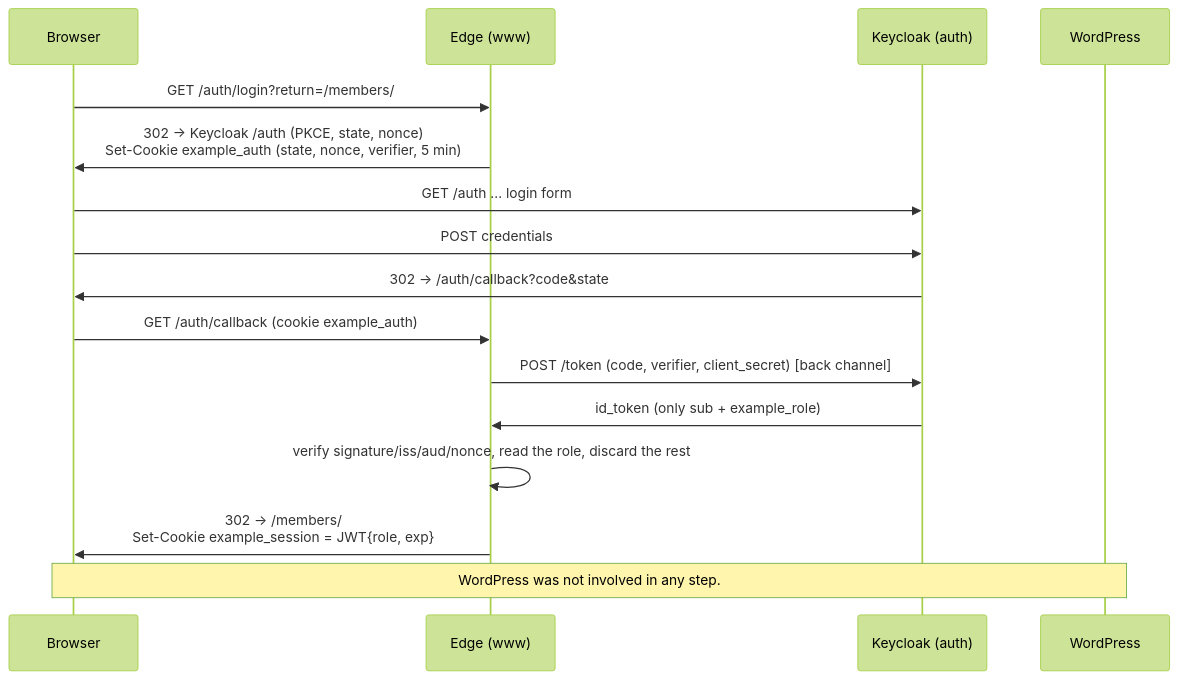
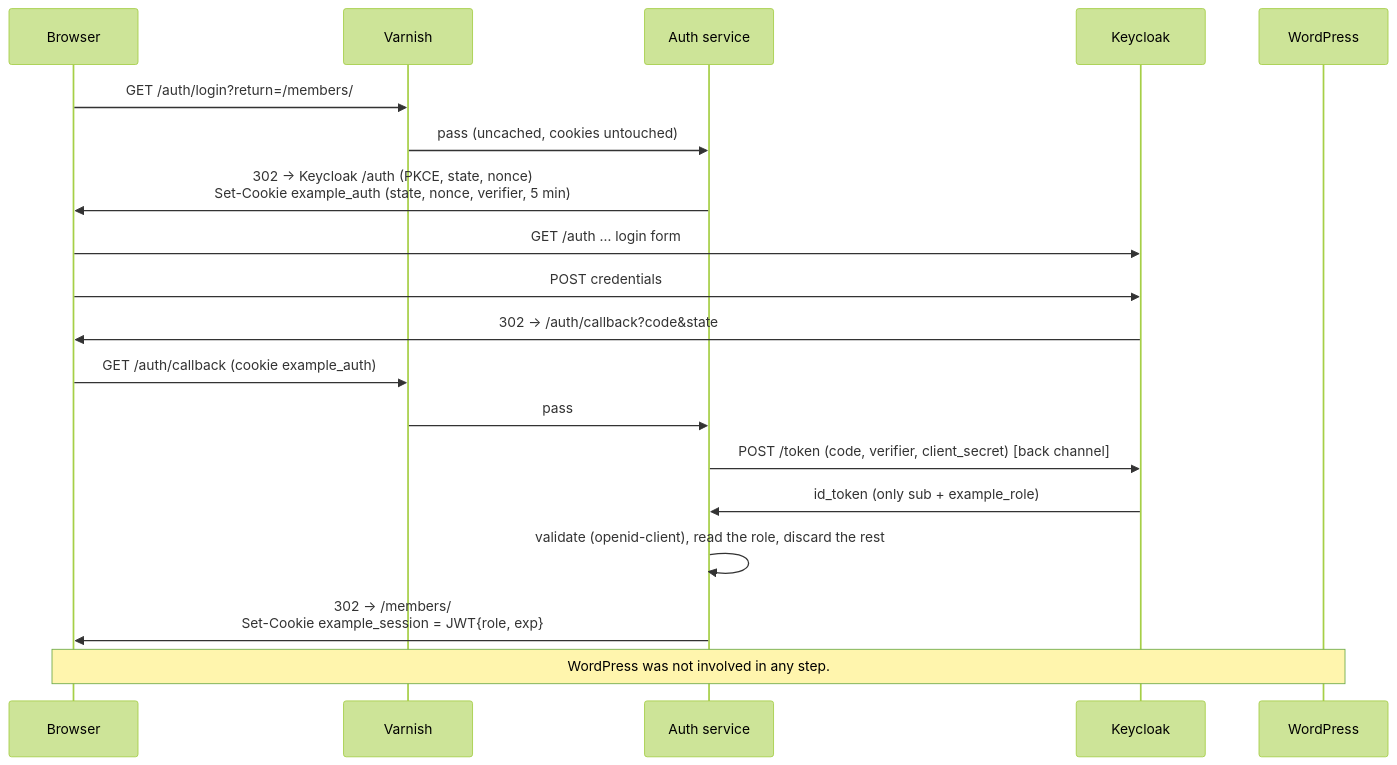
The first of 3 diagrams in README.md (correctiv/oidc-wp-prototype), drawn with Mermaid (forest theme) before and after one commit. The commit also changed other lines of this file and 24 other files, not shown here.

First line of the commit message:
Replace the Node edge with Varnish; shrink Express to an auth service

````diff
--- a/README.md
+++ b/README.md
@@ -72,18 +74,21 @@
 ```mermaid
 sequenceDiagram
     participant B as Browser
-    participant E as Edge (www)
-    participant K as Keycloak (auth)
+    participant V as Varnish
+    participant A as Auth service
+    participant K as Keycloak
     participant W as WordPress
-    B->>E: GET /auth/login?return=/members/
-    E->>B: 302 → Keycloak /auth (PKCE, state, nonce)<br/>Set-Cookie example_auth (state, nonce, verifier, 5 min)
+    B->>V: GET /auth/login?return=/members/
+    V->>A: pass (uncached, cookies untouched)
+    A->>B: 302 → Keycloak /auth (PKCE, state, nonce)<br/>Set-Cookie example_auth (state, nonce, verifier, 5 min)
     B->>K: GET /auth … login form
     B->>K: POST credentials
     K->>B: 302 → /auth/callback?code&state
-    B->>E: GET /auth/callback (cookie example_auth)
-    E->>K: POST /token (code, verifier, client_secret) [back channel]
-    K->>E: id_token (only sub + example_role)
-    E->>E: verify signature/iss/aud/nonce, read the role, discard the rest
-    E->>B: 302 → /members/<br/>Set-Cookie example_session = JWT{role, exp}
+    B->>V: GET /auth/callback (cookie example_auth)
+    V->>A: pass
+    A->>K: POST /token (code, verifier, client_secret) [back channel]
+    K->>A: id_token (only sub + example_role)
+    A->>A: validate (openid-client), read the role, discard the rest
+    A->>B: 302 → /members/<br/>Set-Cookie example_session = JWT{role, exp}
     Note over B,W: WordPress was not involved in any step.
 ```
````
